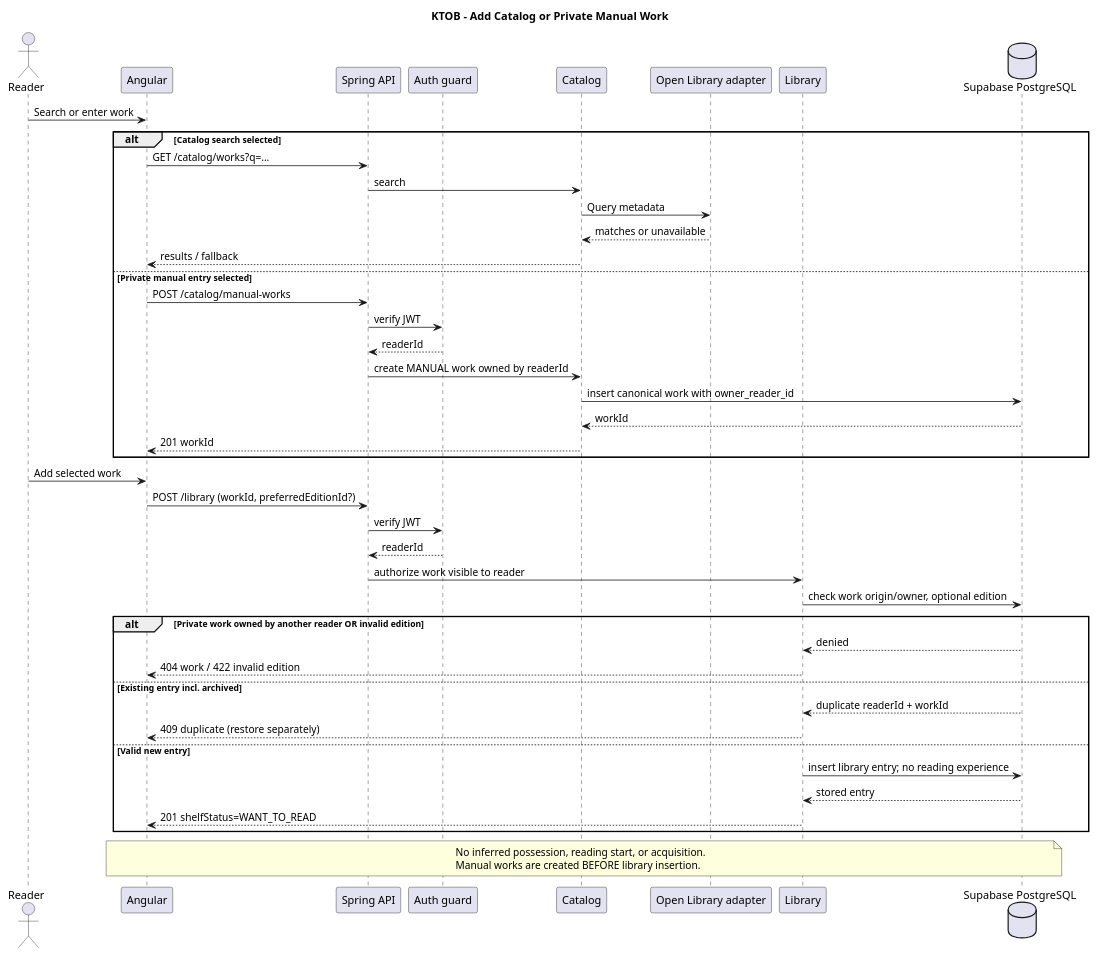
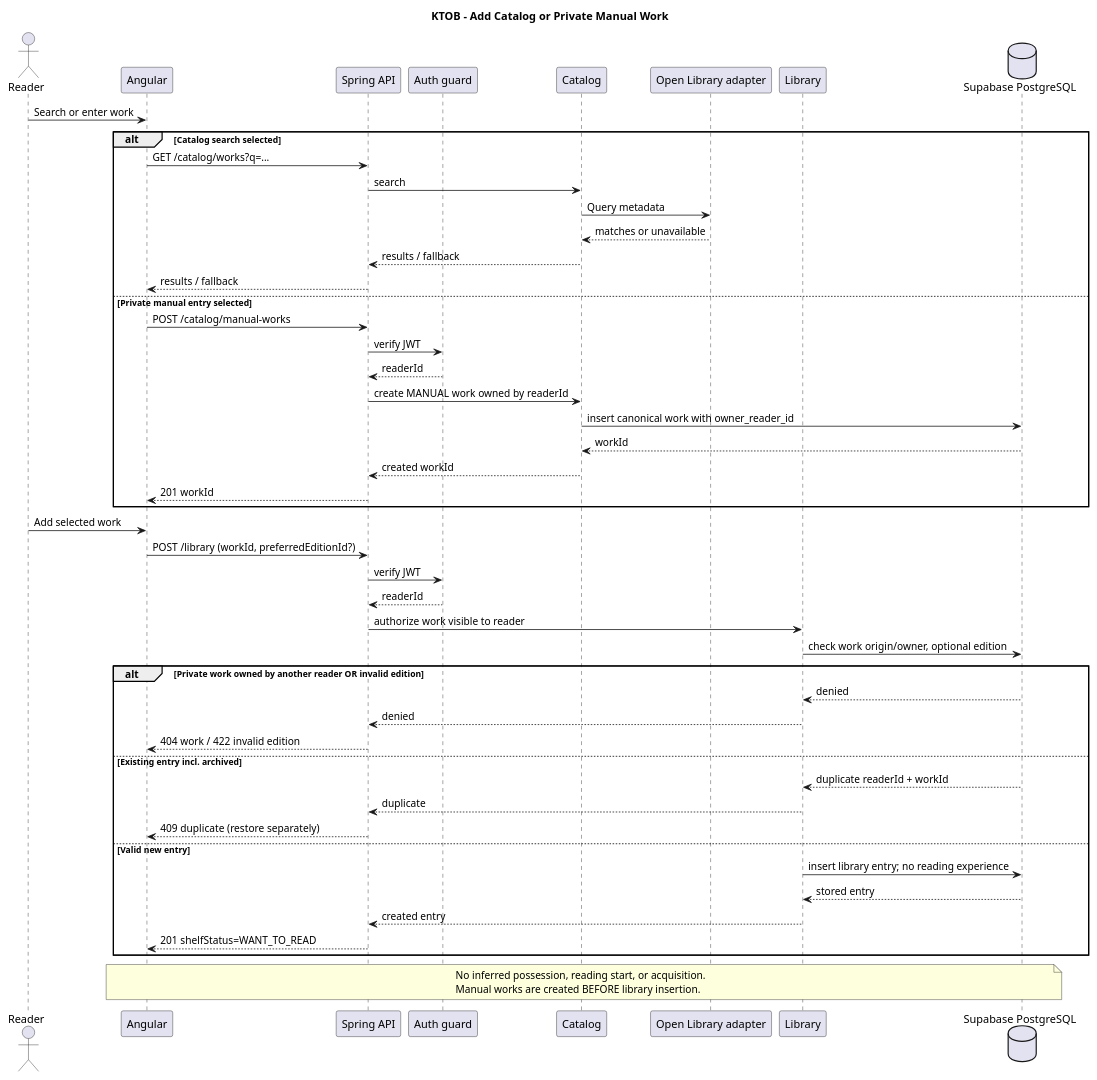
The diagram in docs/uml/07-sequence-add-book.puml (Adam-BArbia/ktob-literary-companion), drawn with PlantUML before and after one commit. The commit also changed 6 other files, not shown here.

Commit message:
docs(uml): route all responses through API and harden real SVG validation

```diff
--- a/docs/uml/07-sequence-add-book.puml
+++ b/docs/uml/07-sequence-add-book.puml
@@ -1,48 +1,53 @@
 @startuml KTOB_07_sequence_add_book
 title KTOB - Add Catalog or Private Manual Work
 actor Reader
 participant "Angular" as UI
 participant "Spring API" as API
 participant "Auth guard" as Guard
 participant "Catalog" as Catalog
 participant "Open Library adapter" as OL
 participant "Library" as Library
 database "Supabase PostgreSQL" as DB
 Reader -> UI : Search or enter work
 alt Catalog search selected
  UI -> API : GET /catalog/works?q=...
  API -> Catalog : search
  Catalog -> OL : Query metadata
  OL --> Catalog : matches or unavailable
- Catalog --> UI : results / fallback
+ Catalog --> API : results / fallback
+API --> UI : results / fallback
 else Private manual entry selected
  UI -> API : POST /catalog/manual-works
  API -> Guard : verify JWT
  Guard --> API : readerId
  API -> Catalog : create MANUAL work owned by readerId
  Catalog -> DB : insert canonical work with owner_reader_id
  DB --> Catalog : workId
- Catalog --> UI : 201 workId
+ Catalog --> API : created workId
+API --> UI : 201 workId
 end
 Reader -> UI : Add selected work
 UI -> API : POST /library (workId, preferredEditionId?)
 API -> Guard : verify JWT
 Guard --> API : readerId
 API -> Library : authorize work visible to reader
 Library -> DB : check work origin/owner, optional edition
 alt Private work owned by another reader OR invalid edition
  DB --> Library : denied
- Library --> UI : 404 work / 422 invalid edition
+ Library --> API : denied
+API --> UI : 404 work / 422 invalid edition
 else Existing entry incl. archived
  DB --> Library : duplicate readerId + workId
- Library --> UI : 409 duplicate (restore separately)
+ Library --> API : duplicate
+API --> UI : 409 duplicate (restore separately)
 else Valid new entry
  Library -> DB : insert library entry; no reading experience
  DB --> Library : stored entry
- Library --> UI : 201 shelfStatus=WANT_TO_READ
+ Library --> API : created entry
+API --> UI : 201 shelfStatus=WANT_TO_READ
 end
 note over UI,DB
 No inferred possession, reading start, or acquisition.
 Manual works are created BEFORE library insertion.
 end note
 @enduml
```
